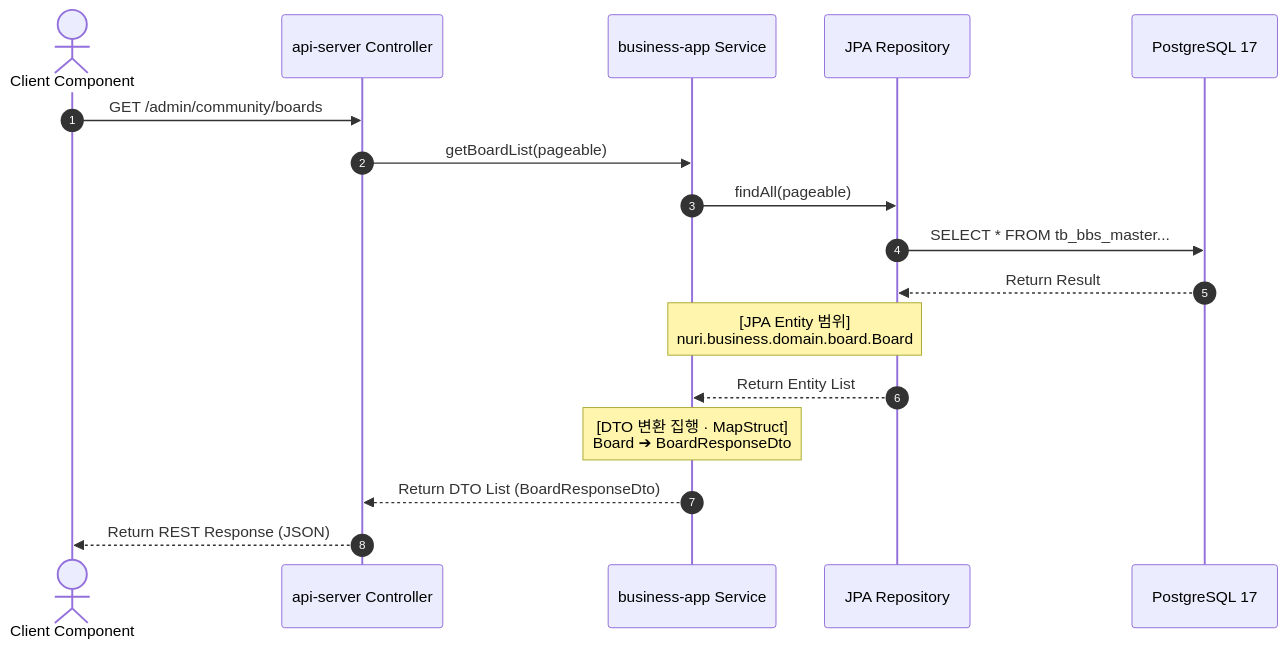
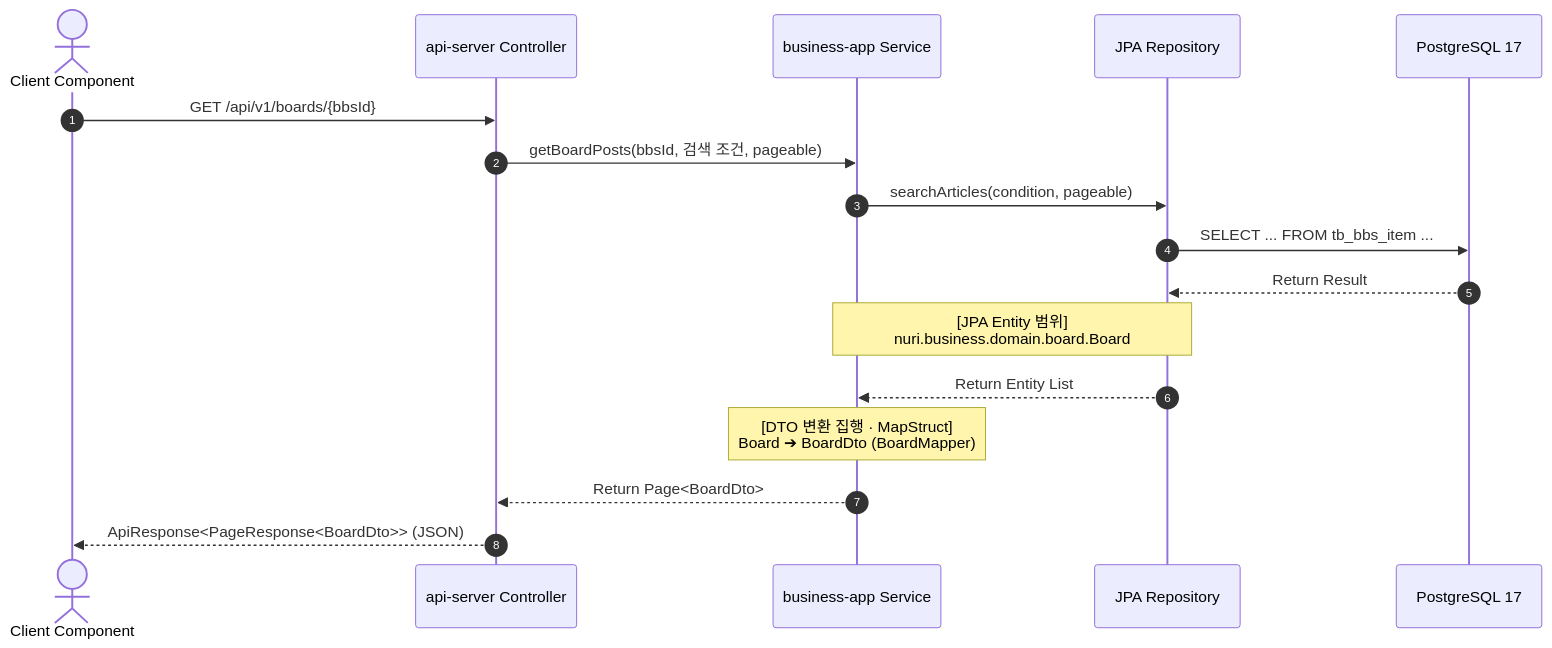
Before and after one commit to lkindo/egov-enterprise: the second of 2 diagrams in docs/02-architecture/backend-architecture.md, drawn with Mermaid. The commit also changed other lines of this file and 32 other files, not shown here.

````diff
--- a/docs/02-architecture/backend-architecture.md
+++ b/docs/02-architecture/backend-architecture.md
@@ -50,20 +50,20 @@
 ```mermaid
 sequenceDiagram
     autonumber
     actor Client as Client Component
     participant Ctrl as api-server Controller
     participant Svc as business-app Service
     participant Repo as JPA Repository
     participant DB as PostgreSQL 17
 
-    Client->>Ctrl: GET /admin/community/boards
-    Ctrl->>Svc: getBoardList(pageable)
-    Svc->>Repo: findAll(pageable)
-    Repo->>DB: SELECT * FROM tb_bbs_master...
+    Client->>Ctrl: GET /api/v1/boards/{bbsId}
+    Ctrl->>Svc: getBoardPosts(bbsId, 검색 조건, pageable)
+    Svc->>Repo: searchArticles(condition, pageable)
+    Repo->>DB: SELECT ... FROM tb_bbs_item ...
     DB-->>Repo: Return Result
     Note over Svc,Repo: [JPA Entity 범위]<br>nuri.business.domain.board.Board
     Repo-->>Svc: Return Entity List
-    Note over Svc: [DTO 변환 집행 · MapStruct]<br>Board ➔ BoardResponseDto
-    Svc-->>Ctrl: Return DTO List (BoardResponseDto)
-    Ctrl-->>Client: Return REST Response (JSON)
+    Note over Svc: [DTO 변환 집행 · MapStruct]<br>Board ➔ BoardDto (BoardMapper)
+    Svc-->>Ctrl: Return Page<BoardDto>
+    Ctrl-->>Client: ApiResponse<PageResponse<BoardDto>> (JSON)
 ```
````
